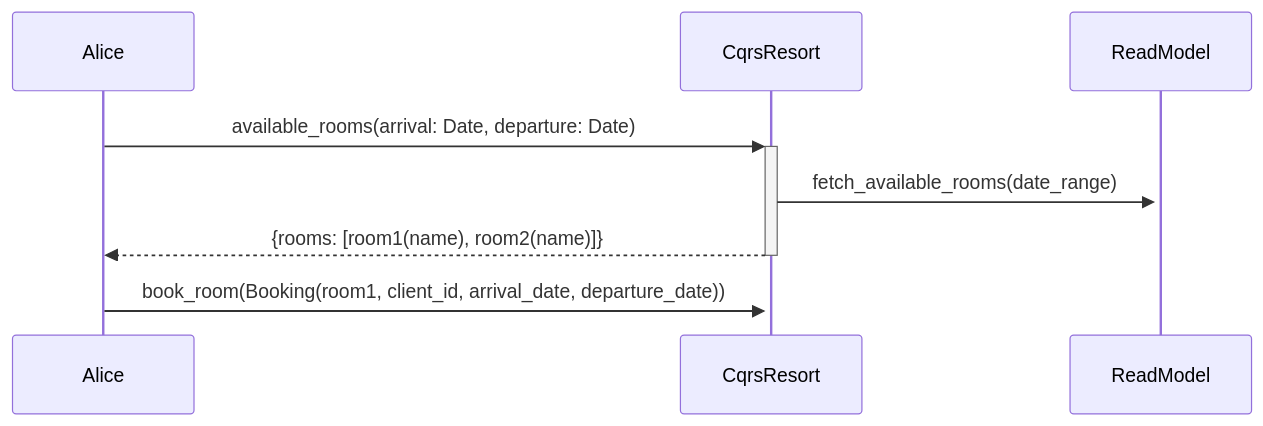
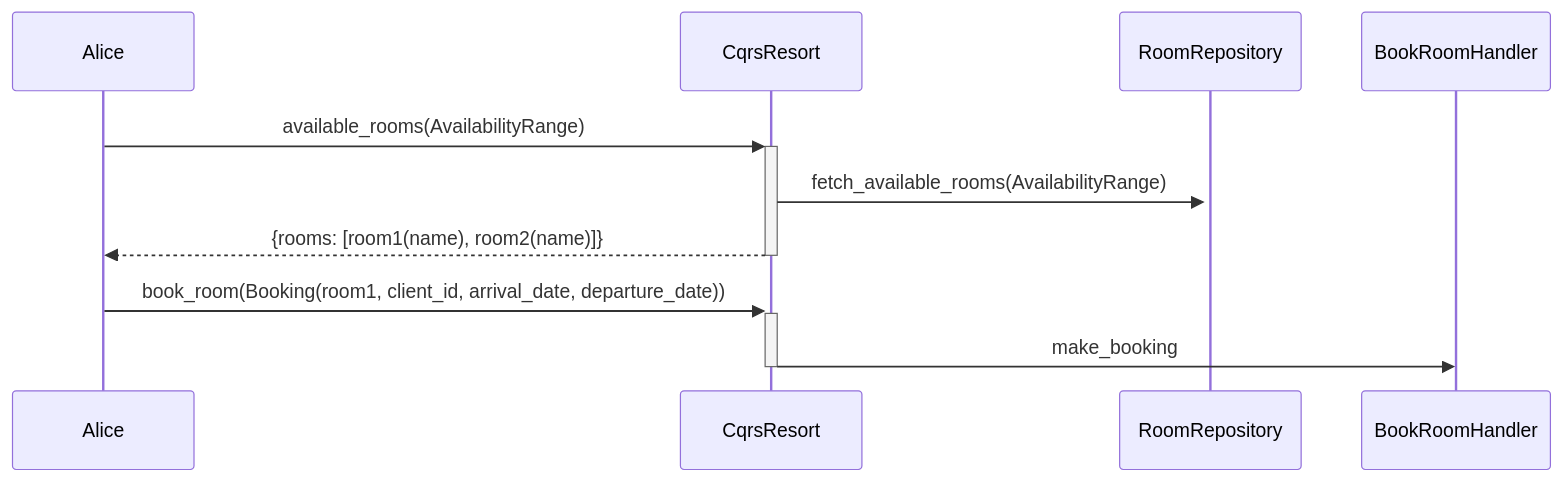
One commit to ambersariya/katas changed the diagram in booking-cqrs/README.md. Above: the diagram before and after it, drawn with Mermaid.

Commit message:
docs: update design diagram

````diff
--- a/booking-cqrs/README.md
+++ b/booking-cqrs/README.md
@@ -26,7 +26,8 @@
 ```mermaid
 sequenceDiagram
-    Alice->>+CqrsResort: available_rooms(arrival: Date, departure: Date)
-    CqrsResort->>+ReadModel: fetch_available_rooms(date_range)
+    Alice->>+CqrsResort: available_rooms(AvailabilityRange)
+    CqrsResort->>+RoomRepository: fetch_available_rooms(AvailabilityRange)
     CqrsResort-->>-Alice: {rooms: [room1(name), room2(name)]}
     Alice->>+CqrsResort: book_room(Booking(room1, client_id, arrival_date, departure_date))
+    CqrsResort->>-BookRoomHandler: make_booking
 ```
````
